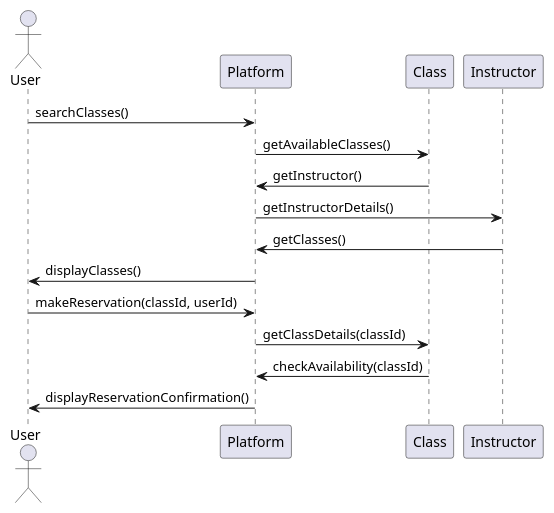
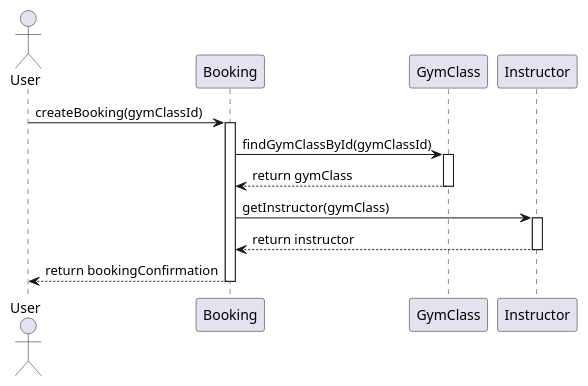
One commit to joaquinpiastre/Power-App changed the diagram in doc/secuencia.puml. Above: the diagram before and after it, drawn with PlantUML. The commit also changed 1 other file, not shown here.

```diff
--- a/doc/secuencia.puml
+++ b/doc/secuencia.puml
@@ -1,17 +1,30 @@
 @startuml PowerAPP sequence
 
 actor User
+participant Booking
+participant GymClass
+participant Instructor
 
-User -> Platform: searchClasses()
-Platform -> Class: getAvailableClasses()
-Class -> Platform: getInstructor()
-Platform -> Instructor: getInstructorDetails()
-Instructor -> Platform: getClasses()
-Platform -> User: displayClasses()
+User -> Booking: createBooking(gymClassId)
+activate Booking
 
-User -> Platform: makeReservation(classId, userId)
-Platform -> Class: getClassDetails(classId)
-Class -> Platform: checkAvailability(classId)
-Platform -> User: displayReservationConfirmation()
+Booking -> GymClass: findGymClassById(gymClassId)
+activate GymClass
+
+GymClass --> Booking: return gymClass
+deactivate GymClass
+
+Booking -> Instructor: getInstructor(gymClass)
+activate Instructor
+
+Instructor --> Booking: return instructor
+deactivate Instructor
+
+Booking --> User: return bookingConfirmation
+deactivate Booking
+
+' Primero, el User envía una solicitud para crear una Booking con un gymClassId específico. 
+' Luego, Booking busca la GymClass correspondiente y obtiene el Instructor para esa clase. 
+' Finalmente, Booking devuelve una confirmación de reserva al User.
 
 @enduml
```
